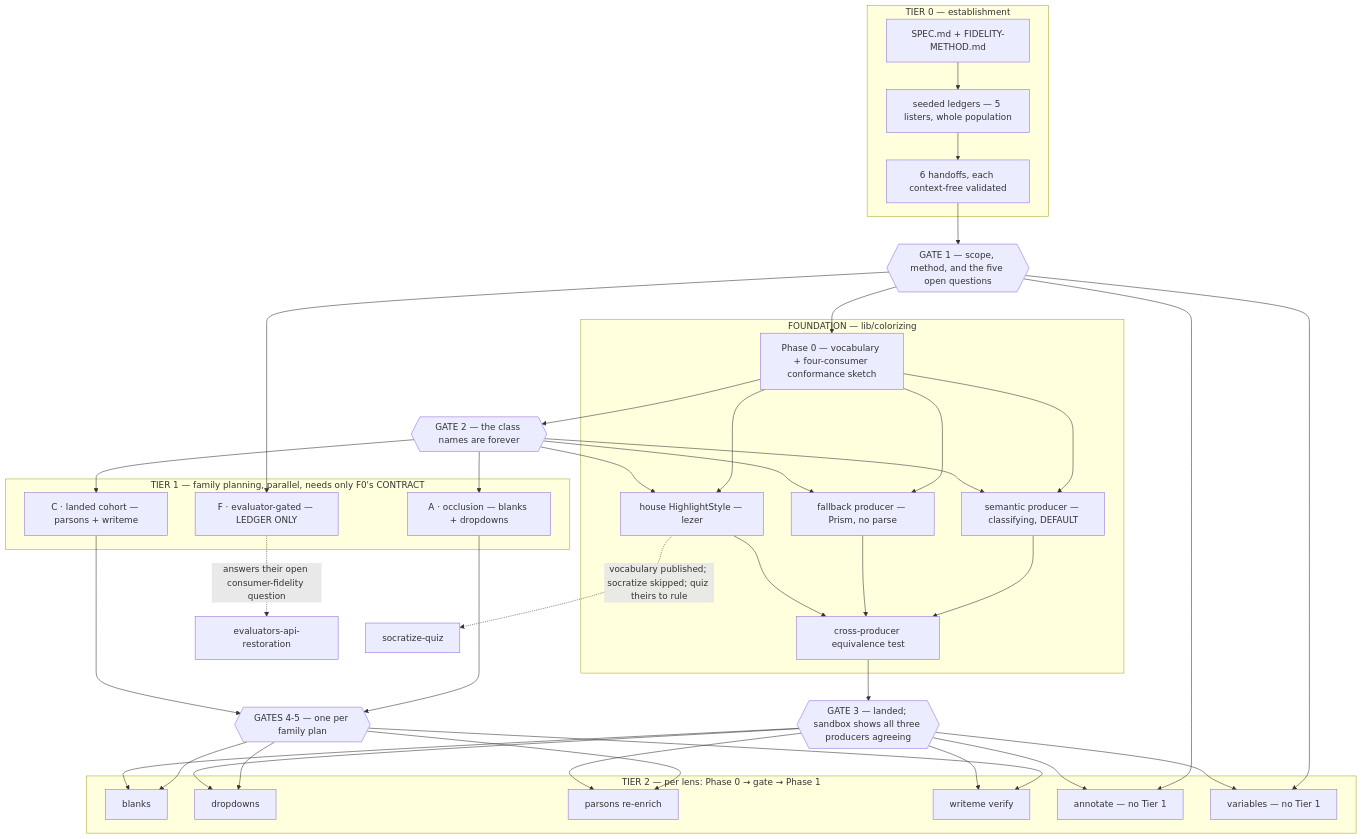
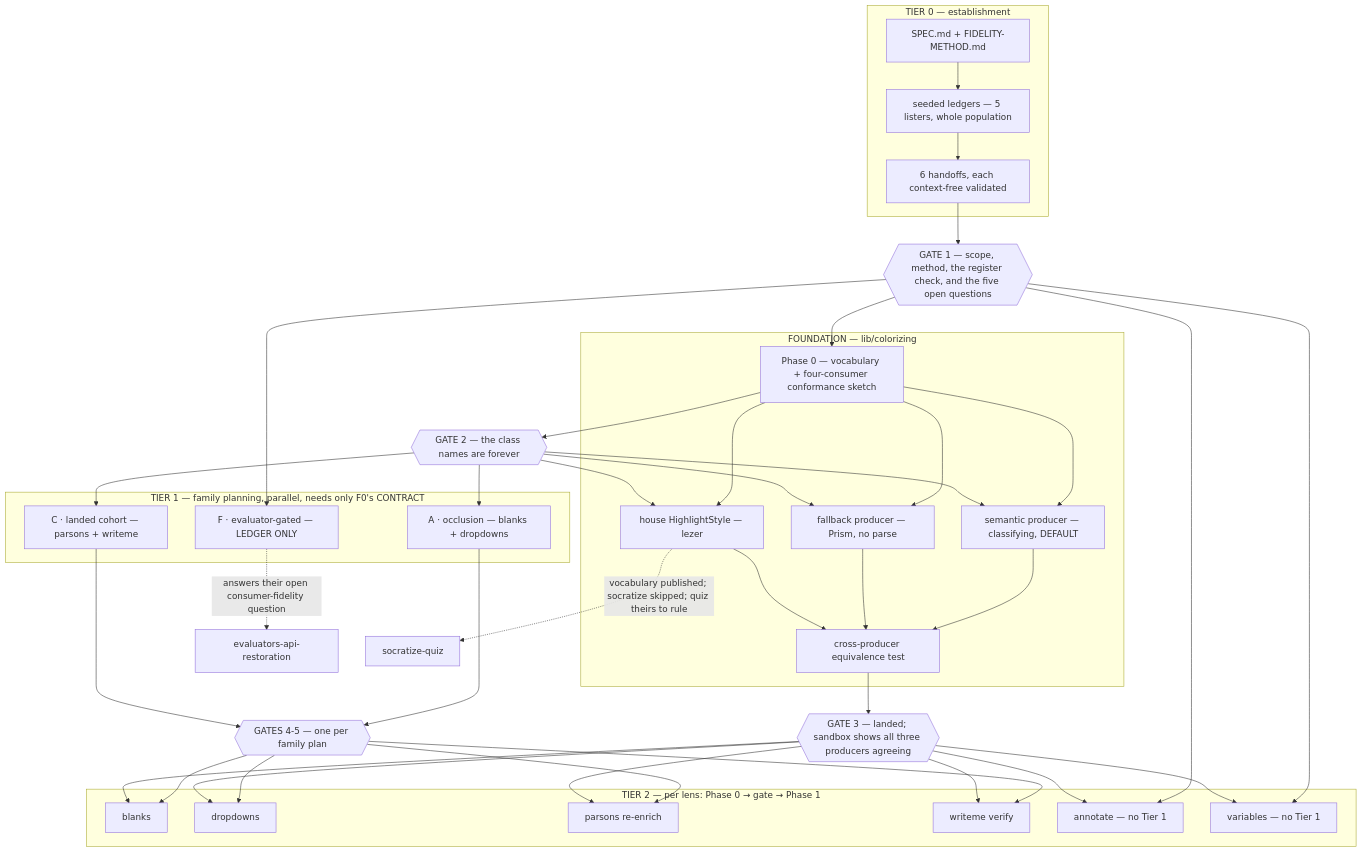
One commit to codeschoolinabox/curricula changed the diagram in .planning-handoffs/lens-migration/SPEC.md. Above: the diagram before and after it, drawn with Mermaid. The commit also changed other lines of this file and 2 other files, not shown here.

````diff
--- a/.planning-handoffs/lens-migration/SPEC.md
+++ b/.planning-handoffs/lens-migration/SPEC.md
@@ -751,48 +822,48 @@
 ```mermaid
 flowchart TD
   subgraph T0["TIER 0 — establishment"]
     SPEC["SPEC.md + FIDELITY-METHOD.md"]
     SEED["seeded ledgers — 5 listers, whole population"]
     HAND["6 handoffs, each context-free validated"]
     SPEC --> SEED --> HAND
   end
-  G1{{"GATE 1 — scope, method, and the five open questions"}}
+  G1{{"GATE 1 — scope, method, the register check, and the five open questions"}}
   HAND --> G1
 
   subgraph FND["FOUNDATION — lib/colorizing"]
     F0["Phase 0 — vocabulary + four-consumer conformance sketch"]
     FS["semantic producer — classifying, DEFAULT"]
     FP["fallback producer — Prism, no parse"]
     FH["house HighlightStyle — lezer"]
     FE["cross-producer equivalence test"]
     F0 --> FS --> FE
     F0 --> FP --> FE
     F0 --> FH --> FE
   end
   G2{{"GATE 2 — the class names are forever"}}
   G3{{"GATE 3 — landed; sandbox shows all three producers agreeing"}}
   G1 --> F0 --> G2 --> FS & FP & FH
   FE --> G3
 
   subgraph T1["TIER 1 — family planning, parallel, needs only F0's CONTRACT"]
     PA["A · occlusion — blanks + dropdowns"]
     PC["C · landed cohort — parsons + writeme"]
     PF["F · evaluator-gated — LEDGER ONLY"]
   end
   G2 --> PA & PC
   G1 --> PF
   G45{{"GATES 4-5 — one per family plan"}}
   PA & PC --> G45
 
   subgraph T2["TIER 2 — per lens: Phase 0 → gate → Phase 1"]
     L1["blanks"]; L2["dropdowns"]
     L4["parsons re-enrich"]; L5["writeme verify"]
     L3["annotate — no Tier 1"]; L6["variables — no Tier 1"]
   end
   G45 --> L1 & L2 & L4 & L5
   G1 --> L3 & L6
   G3 --> L1 & L2 & L3 & L4 & L5 & L6
 
   PF -.->|"answers their open consumer-fidelity question"| EV["evaluators-api-restoration"]
   FH -.->|"vocabulary published; socratize skipped; quiz theirs to rule"| SQ["socratize-quiz"]
 ```
````
